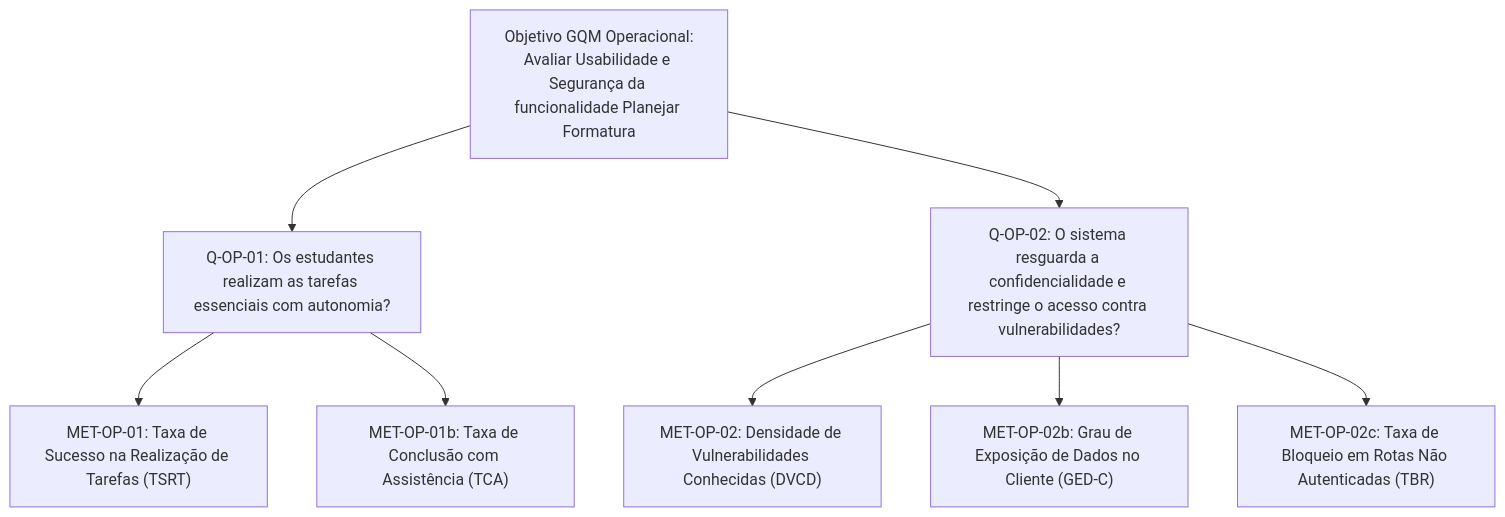
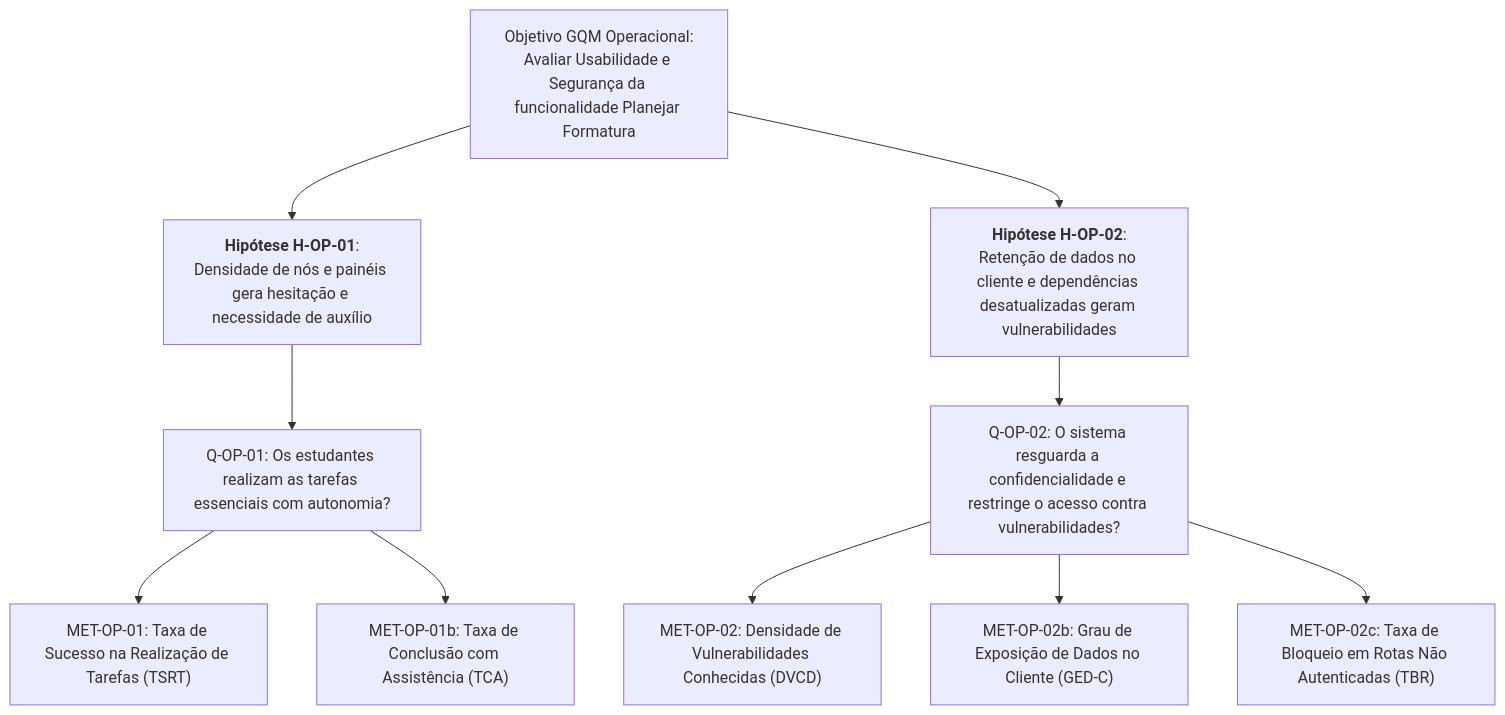
Before and after one commit to FCTE-Qualidade-de-Software-1/2026-2_T02_JEAN_SAMMET: the diagram in docs/fases/fase2/metricasOperacionais.md, drawn with Mermaid. The commit also changed other lines of this file and 4 other files, not shown here.

````diff
--- a/docs/fases/fase2/metricasOperacionais.md
+++ b/docs/fases/fase2/metricasOperacionais.md
@@ -23,14 +23,17 @@
 ```mermaid
 graph TD
     Goal["Objetivo GQM Operacional:<br/>Avaliar Usabilidade e Segurança da funcionalidade Planejar Formatura"]
     
-    Goal --> Q1["Q-OP-01: Os estudantes realizam as tarefas essenciais com autonomia?"]
-    Goal --> Q2["Q-OP-02: O sistema resguarda a confidencialidade e restringe o acesso contra vulnerabilidades?"]
+    Goal --> H1["<b>Hipótese H-OP-01</b>:<br/>Densidade de nós e painéis gera hesitação e necessidade de auxílio"]
+    Goal --> H2["<b>Hipótese H-OP-02</b>:<br/>Retenção de dados no cliente e dependências desatualizadas geram vulnerabilidades"]
+    
+    H1 --> Q1["Q-OP-01: Os estudantes realizam as tarefas essenciais com autonomia?"]
+    H2 --> Q2["Q-OP-02: O sistema resguarda a confidencialidade e restringe o acesso contra vulnerabilidades?"]
     
     Q1 --> M1["MET-OP-01: Taxa de Sucesso na Realização de Tarefas (TSRT)"]
     Q1 --> M1b["MET-OP-01b: Taxa de Conclusão com Assistência (TCA)"]
     
     Q2 --> M2["MET-OP-02: Densidade de Vulnerabilidades Conhecidas (DVCD)"]
     Q2 --> M2b["MET-OP-02b: Grau de Exposição de Dados no Cliente (GED-C)"]
     Q2 --> M2c["MET-OP-02c: Taxa de Bloqueio em Rotas Não Autenticadas (TBR)"]
 ```
````
